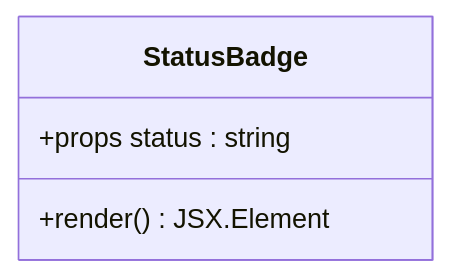
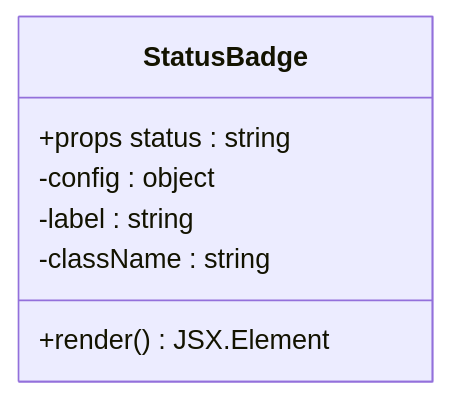
One commit to KaranMakani/deposit-fixer changed the fifth of 9 diagrams in .qoder/repowiki/en/content/Technical Architecture/Application Components.md. Above: the diagram before and after it, drawn with Mermaid. The commit also changed other lines of this file and 10 other files, not shown here.

````diff
--- a/.qoder/repowiki/en/content/Technical Architecture/Application Components.md
+++ b/.qoder/repowiki/en/content/Technical Architecture/Application Components.md
@@ -238,7 +279,10 @@
 ```mermaid
 classDiagram
 class StatusBadge {
 +props status : string
 +render() JSX.Element
+-config : object
+-label : string
+-className : string
 }
 ```
````
